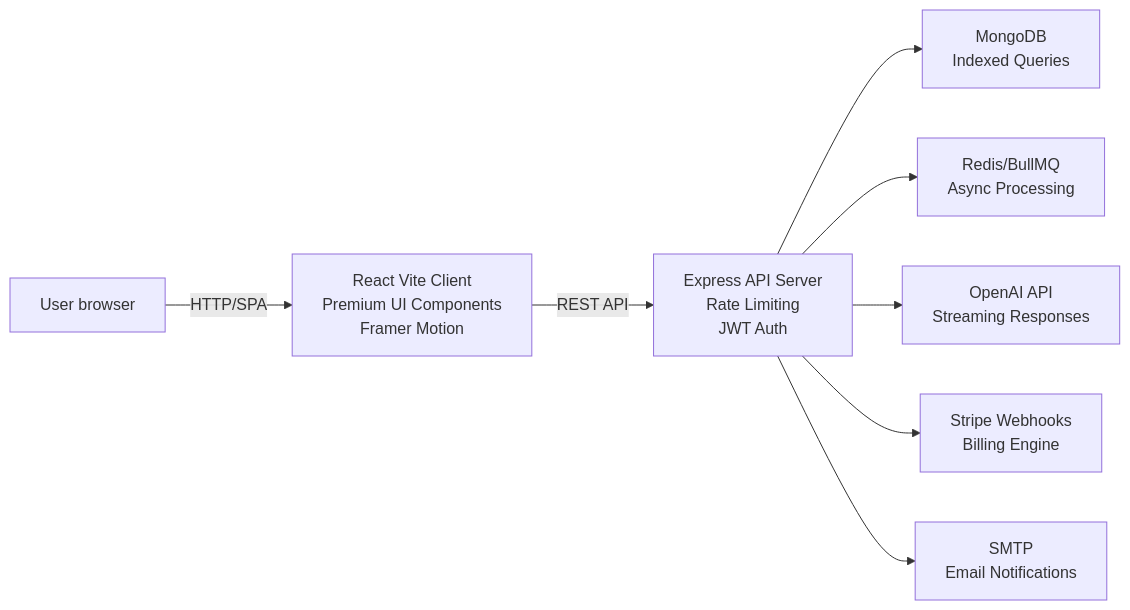
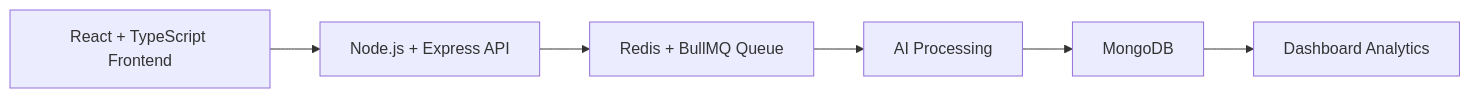
Before and after one commit to brijeshkumar2024/ReviewSense-AI: the diagram in README.md, drawn with Mermaid. The commit also changed other lines of this file and 13 other files, not shown here.

````diff
--- a/README.md
+++ b/README.md
@@ -17,10 +35,8 @@
 ```mermaid
 flowchart LR
-  A[User browser] -->|HTTP/SPA| B["React Vite Client<br/>Premium UI Components<br/>Framer Motion"]
-  B -->|REST API| C["Express API Server<br/>Rate Limiting<br/>JWT Auth"]
-  C --> D["MongoDB<br/>Indexed Queries"]
-  C --> E["Redis/BullMQ<br/>Async Processing"]
-  C --> F["OpenAI API<br/>Streaming Responses"]
-  C --> G["Stripe Webhooks<br/>Billing Engine"]
-  C --> H["SMTP<br/>Email Notifications"]
+  A[React + TypeScript Frontend] --> B[Node.js + Express API]
+  B --> C[Redis + BullMQ Queue]
+  C --> D[AI Processing]
+  D --> E[MongoDB]
+  E --> F[Dashboard Analytics]
 ```
````
